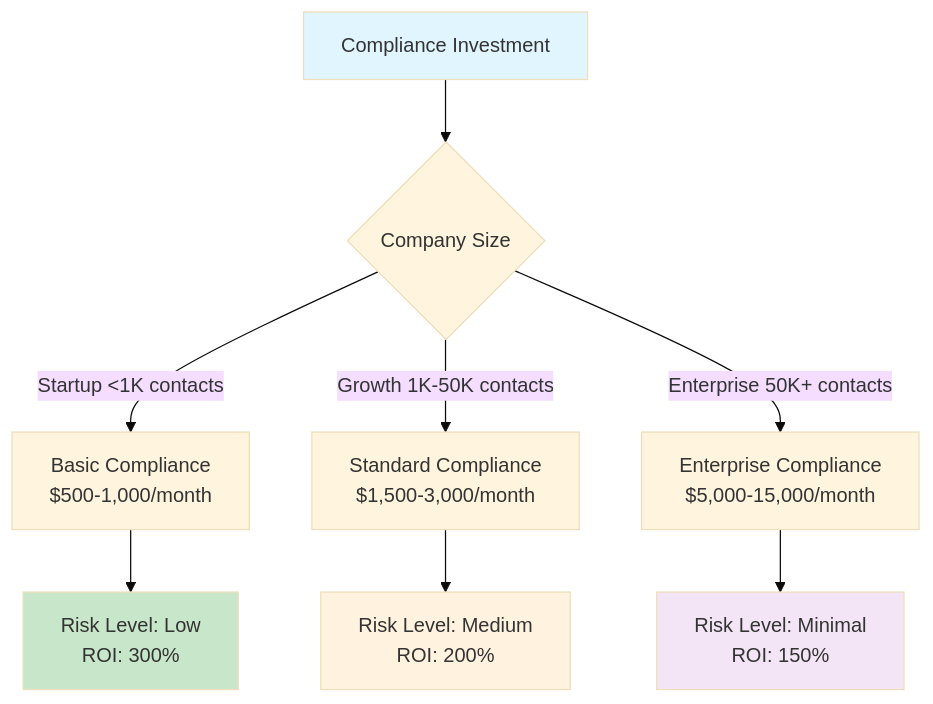
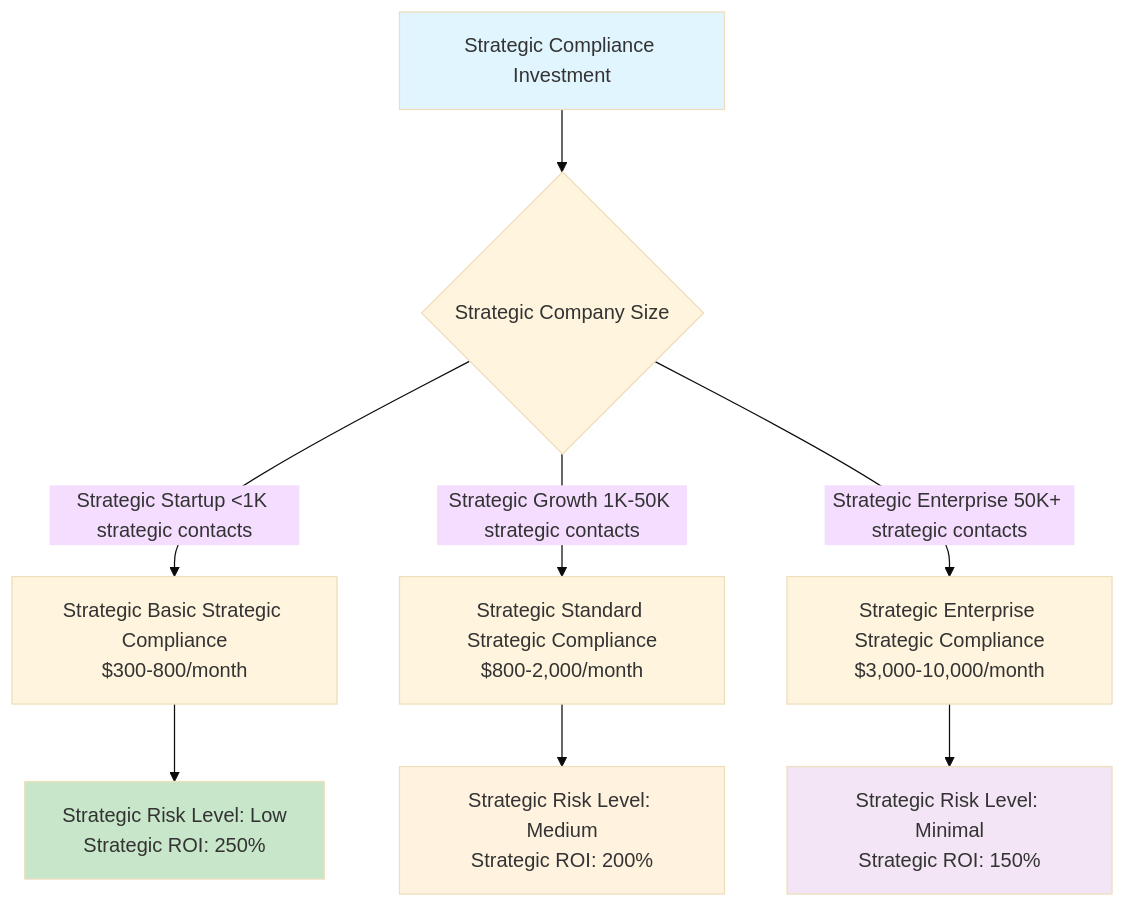
The first of 2 diagrams in docs/business/procurement-compliance/compliance-overview.md (penguinmails/penguinmails.github.io), drawn with Mermaid (base theme) before and after one commit. The commit also changed other lines of this file and 57 other files, not shown here.

````diff
--- a/docs/business/procurement-compliance/compliance-overview.md
+++ b/docs/business/procurement-compliance/compliance-overview.md
@@ -89,16 +91,16 @@
 ```mermaid
 graph TD
-    A[Compliance Investment] --> B{Company Size}
-    B -->|Startup <1K contacts| C[Basic Compliance<br/>$500-1,000/month]
-    B -->|Growth 1K-50K contacts| D[Standard Compliance<br/>$1,500-3,000/month]  
-    B -->|Enterprise 50K+ contacts| E[Enterprise Compliance<br/>$5,000-15,000/month]
+    A[Strategic Compliance Investment] --> B{Strategic Company Size}
+    B -->|Strategic Startup <1K strategic contacts| C[Strategic Basic Strategic Compliance<br/>$300-800/month]
+    B -->|Strategic Growth 1K-50K strategic contacts| D[Strategic Standard Strategic Compliance<br/>$800-2,000/month]  
+    B -->|Strategic Enterprise 50K+ strategic contacts| E[Strategic Enterprise Strategic Compliance<br/>$3,000-10,000/month]
     
-    C --> F[Risk Level: Low<br/>ROI: 300%]
-    D --> G[Risk Level: Medium<br/>ROI: 200%]
-    E --> H[Risk Level: Minimal<br/>ROI: 150%]
+    C --> F[Strategic Risk Level: Low<br/>Strategic ROI: 250%]
+    D --> G[Strategic Risk Level: Medium<br/>Strategic ROI: 200%]
+    E --> H[Strategic Risk Level: Minimal<br/>Strategic ROI: 150%]
     
     style A fill:#e1f5fe
     style F fill:#c8e6c9
     style G fill:#fff3e0
     style H fill:#f3e5f5
 ```
````
